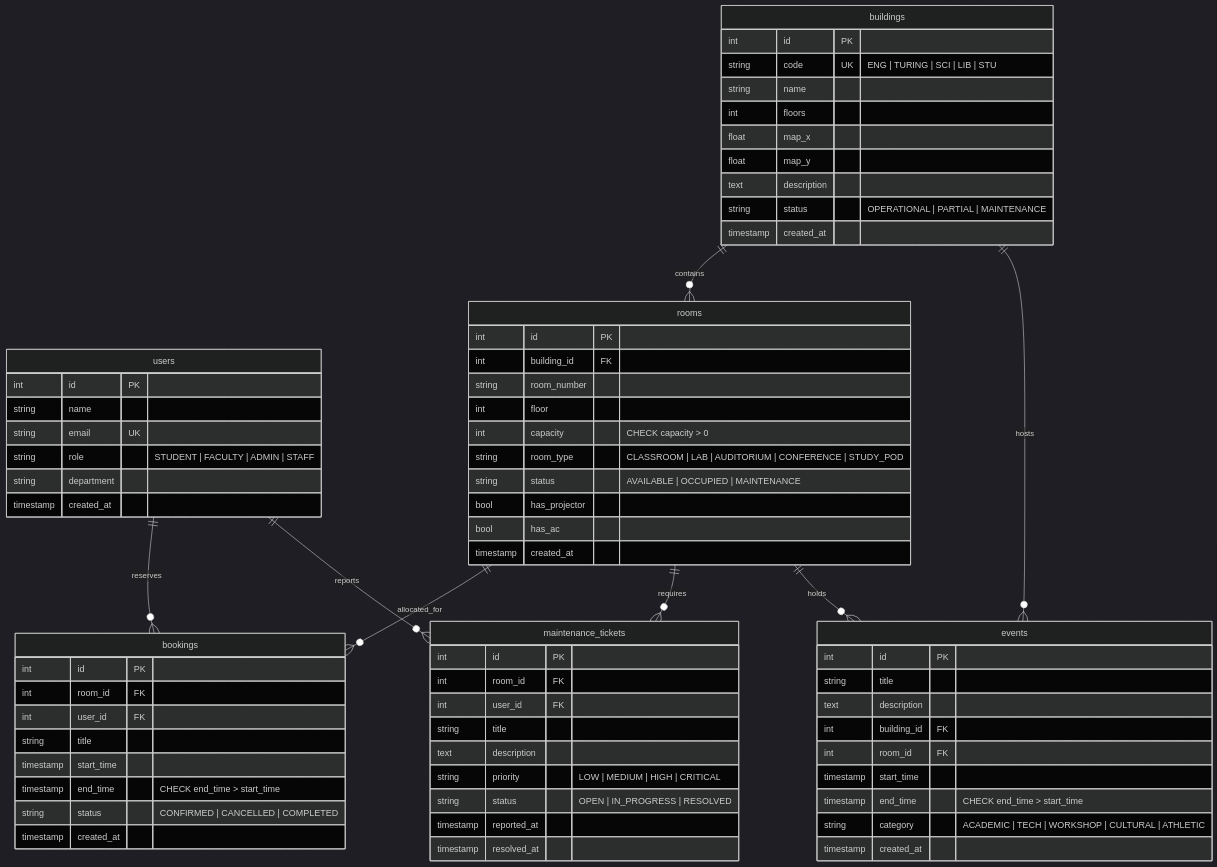
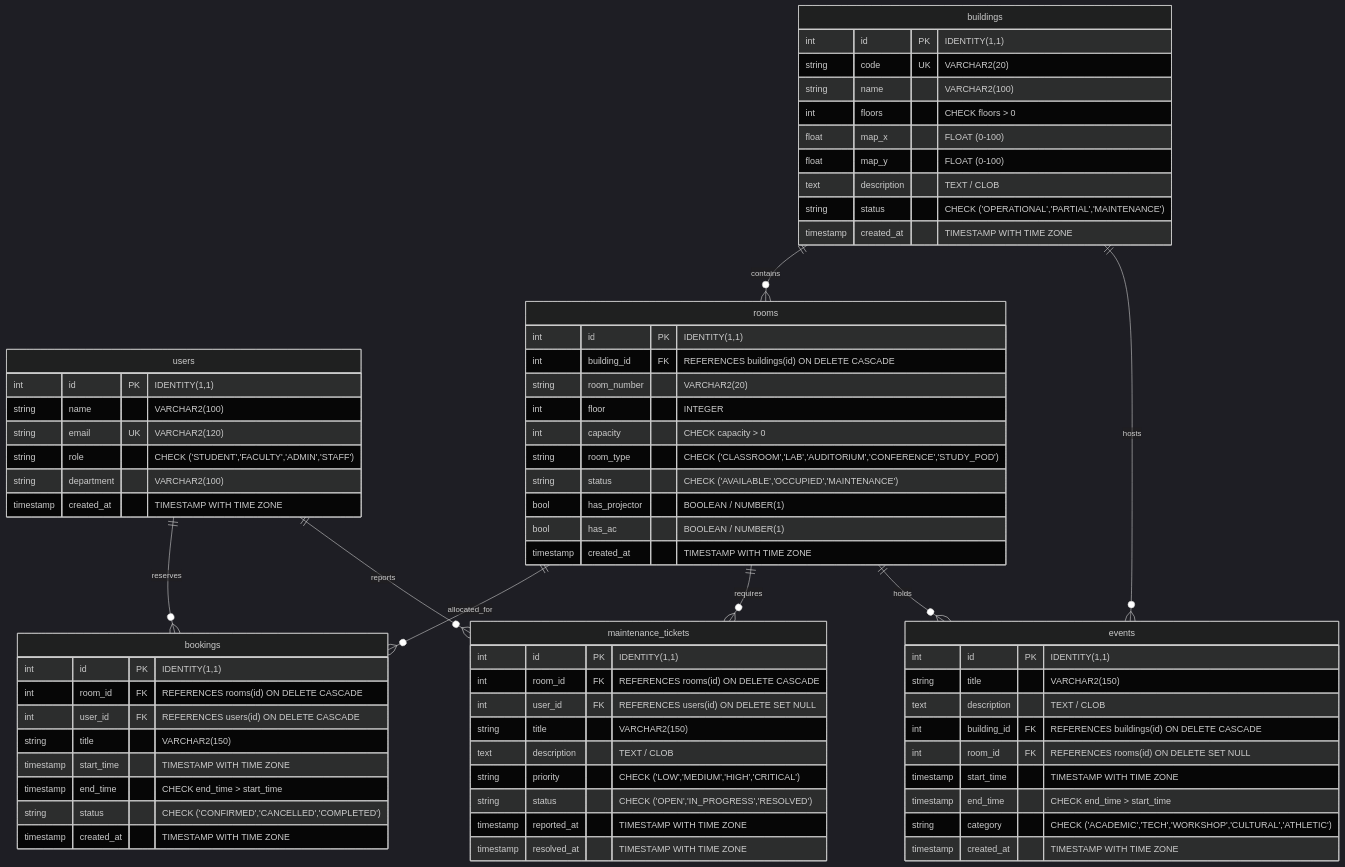
The diagram in README.md (ramsaitanguturi/CampusPulse), drawn with Mermaid (dark theme) before and after one commit. The commit also changed other lines of this file and 19 other files, not shown here.

````diff
--- a/README.md
+++ b/README.md
@@ -39,79 +40,79 @@
 ```mermaid
 erDiagram
     users ||--o{ bookings : "reserves"
     users ||--o{ maintenance_tickets : "reports"
     buildings ||--o{ rooms : "contains"
     buildings ||--o{ events : "hosts"
     rooms ||--o{ bookings : "allocated_for"
     rooms ||--o{ maintenance_tickets : "requires"
     rooms ||--o{ events : "holds"
 
     users {
-        int id PK
-        string name
-        string email UK
-        string role "STUDENT | FACULTY | ADMIN | STAFF"
-        string department
-        timestamp created_at
+        int id PK "IDENTITY(1,1)"
+        string name "VARCHAR2(100)"
+        string email UK "VARCHAR2(120)"
+        string role "CHECK ('STUDENT','FACULTY','ADMIN','STAFF')"
+        string department "VARCHAR2(100)"
+        timestamp created_at "TIMESTAMP WITH TIME ZONE"
     }
 
     buildings {
-        int id PK
-        string code UK "ENG | TURING | SCI | LIB | STU"
-        string name
-        int floors
-        float map_x
-        float map_y
-        text description
-        string status "OPERATIONAL | PARTIAL | MAINTENANCE"
-        timestamp created_at
+        int id PK "IDENTITY(1,1)"
+        string code UK "VARCHAR2(20)"
+        string name "VARCHAR2(100)"
+        int floors "CHECK floors > 0"
+        float map_x "FLOAT (0-100)"
+        float map_y "FLOAT (0-100)"
+        text description "TEXT / CLOB"
+        string status "CHECK ('OPERATIONAL','PARTIAL','MAINTENANCE')"
+        timestamp created_at "TIMESTAMP WITH TIME ZONE"
     }
 
     rooms {
-        int id PK
-        int building_id FK
-        string room_number
-        int floor
+        int id PK "IDENTITY(1,1)"
+        int building_id FK "REFERENCES buildings(id) ON DELETE CASCADE"
+        string room_number "VARCHAR2(20)"
+        int floor "INTEGER"
         int capacity "CHECK capacity > 0"
-        string room_type "CLASSROOM | LAB | AUDITORIUM | CONFERENCE | STUDY_POD"
-        string status "AVAILABLE | OCCUPIED | MAINTENANCE"
-        bool has_projector
-        bool has_ac
-        timestamp created_at
+        string room_type "CHECK ('CLASSROOM','LAB','AUDITORIUM','CONFERENCE','STUDY_POD')"
+        string status "CHECK ('AVAILABLE','OCCUPIED','MAINTENANCE')"
+        bool has_projector "BOOLEAN / NUMBER(1)"
+        bool has_ac "BOOLEAN / NUMBER(1)"
+        timestamp created_at "TIMESTAMP WITH TIME ZONE"
     }
 
     bookings {
-        int id PK
-        int room_id FK
-        int user_id FK
-        string title
-        timestamp start_time
+        int id PK "IDENTITY(1,1)"
+        int room_id FK "REFERENCES rooms(id) ON DELETE CASCADE"
+        int user_id FK "REFERENCES users(id) ON DELETE CASCADE"
+        string title "VARCHAR2(150)"
+        timestamp start_time "TIMESTAMP WITH TIME ZONE"
         timestamp end_time "CHECK end_time > start_time"
-        string status "CONFIRMED | CANCELLED | COMPLETED"
-        timestamp created_at
+        string status "CHECK ('CONFIRMED','CANCELLED','COMPLETED')"
+        timestamp created_at "TIMESTAMP WITH TIME ZONE"
     }
 
     maintenance_tickets {
-        int id PK
-        int room_id FK
-        int user_id FK
-        string title
-        text description
-        string priority "LOW | MEDIUM | HIGH | CRITICAL"
-        string status "OPEN | IN_PROGRESS | RESOLVED"
-        timestamp reported_at
-        timestamp resolved_at
+        int id PK "IDENTITY(1,1)"
+        int room_id FK "REFERENCES rooms(id) ON DELETE CASCADE"
+        int user_id FK "REFERENCES users(id) ON DELETE SET NULL"
+        string title "VARCHAR2(150)"
+        text description "TEXT / CLOB"
+        string priority "CHECK ('LOW','MEDIUM','HIGH','CRITICAL')"
+        string status "CHECK ('OPEN','IN_PROGRESS','RESOLVED')"
+        timestamp reported_at "TIMESTAMP WITH TIME ZONE"
+        timestamp resolved_at "TIMESTAMP WITH TIME ZONE"
     }
 
     events {
-        int id PK
-        string title
-        text description
-        int building_id FK
-        int room_id FK
-        timestamp start_time
+        int id PK "IDENTITY(1,1)"
+        string title "VARCHAR2(150)"
+        text description "TEXT / CLOB"
+        int building_id FK "REFERENCES buildings(id) ON DELETE CASCADE"
+        int room_id FK "REFERENCES rooms(id) ON DELETE SET NULL"
+        timestamp start_time "TIMESTAMP WITH TIME ZONE"
         timestamp end_time "CHECK end_time > start_time"
-        string category "ACADEMIC | TECH | WORKSHOP | CULTURAL | ATHLETIC"
-        timestamp created_at
+        string category "CHECK ('ACADEMIC','TECH','WORKSHOP','CULTURAL','ATHLETIC')"
+        timestamp created_at "TIMESTAMP WITH TIME ZONE"
     }
 ```
````
